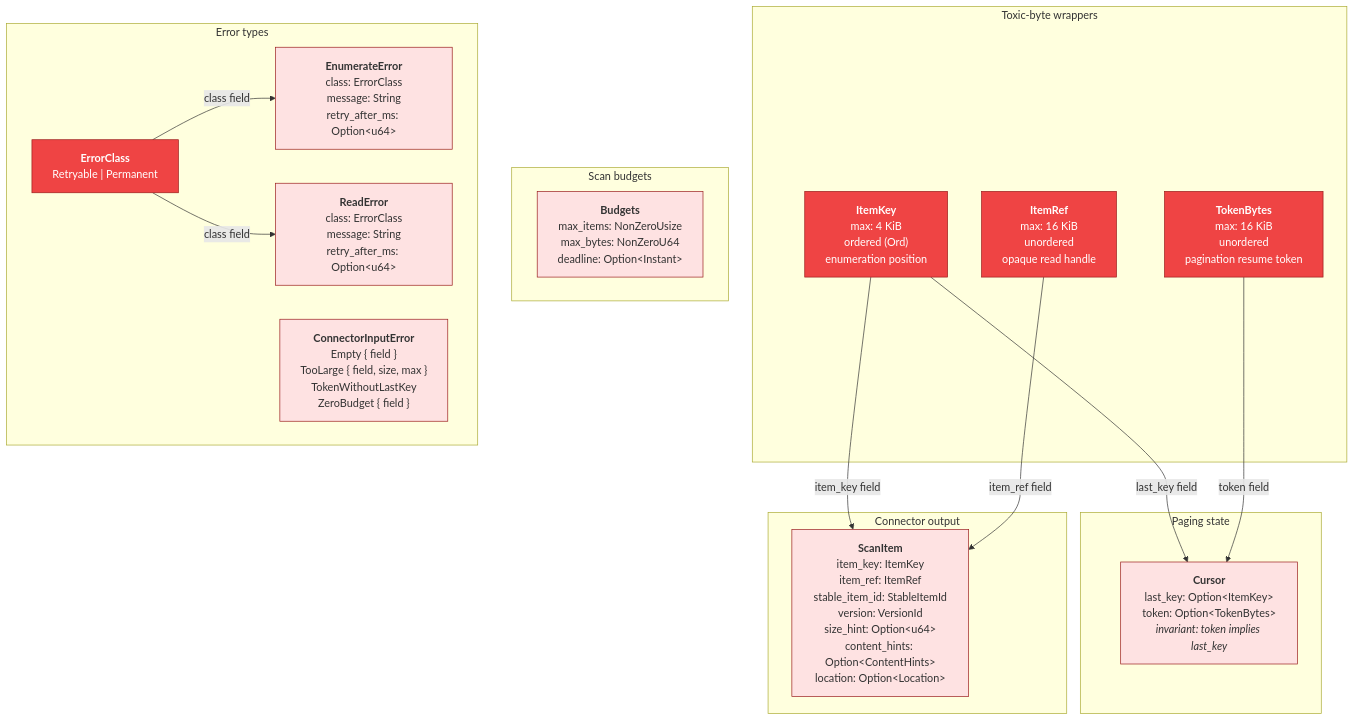
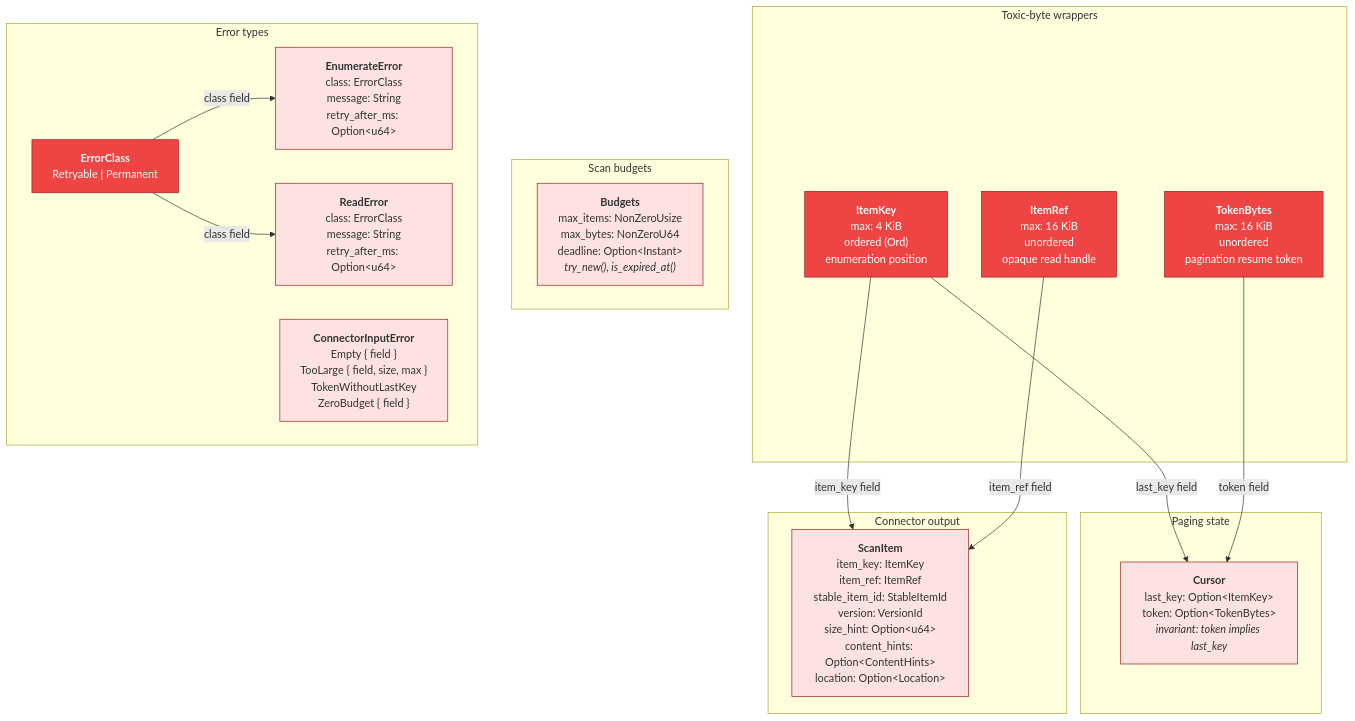
One commit to ahrav/Gossip-rs changed the second of 4 diagrams in diagrams/14-connector-architecture.md. Above: the diagram before and after it, drawn with Mermaid. The commit also changed other lines of this file and 3 other files, not shown here.

Commit message:
Clarify connector capabilities and persistence pipeline in diagrams and docs

````diff
--- a/diagrams/14-connector-architecture.md
+++ b/diagrams/14-connector-architecture.md
@@ -78,48 +83,48 @@
 ```mermaid
 %% Diagram: connector-core-types
 graph TD
     subgraph ToxicWrappers["Toxic-byte wrappers"]
         IK["<b>ItemKey</b><br/>max: 4 KiB<br/>ordered (Ord)<br/>enumeration position"]
         IR["<b>ItemRef</b><br/>max: 16 KiB<br/>unordered<br/>opaque read handle"]
         TB["<b>TokenBytes</b><br/>max: 16 KiB<br/>unordered<br/>pagination resume token"]
     end
 
     subgraph Paging["Paging state"]
         CUR["<b>Cursor</b><br/>last_key: Option&lt;ItemKey&gt;<br/>token: Option&lt;TokenBytes&gt;<br/><i>invariant: token implies last_key</i>"]
     end
 
     IK -->|"last_key field"| CUR
     TB -->|"token field"| CUR
 
     subgraph Enumeration["Connector output"]
         SI["<b>ScanItem</b><br/>item_key: ItemKey<br/>item_ref: ItemRef<br/>stable_item_id: StableItemId<br/>version: VersionId<br/>size_hint: Option&lt;u64&gt;<br/>content_hints: Option&lt;ContentHints&gt;<br/>location: Option&lt;Location&gt;"]
     end
 
     IK -->|"item_key field"| SI
     IR -->|"item_ref field"| SI
 
     subgraph Budgets["Scan budgets"]
-        BU["<b>Budgets</b><br/>max_items: NonZeroUsize<br/>max_bytes: NonZeroU64<br/>deadline: Option&lt;Instant&gt;"]
+        BU["<b>Budgets</b><br/>max_items: NonZeroUsize<br/>max_bytes: NonZeroU64<br/>deadline: Option&lt;Instant&gt;<br/><i>try_new(), is_expired_at()</i>"]
     end
 
     subgraph Errors["Error types"]
         EC2["<b>ErrorClass</b><br/>Retryable | Permanent"]
         EE["<b>EnumerateError</b><br/>class: ErrorClass<br/>message: String<br/>retry_after_ms: Option&lt;u64&gt;"]
         RE["<b>ReadError</b><br/>class: ErrorClass<br/>message: String<br/>retry_after_ms: Option&lt;u64&gt;"]
         CIE["<b>ConnectorInputError</b><br/>Empty { field }<br/>TooLarge { field, size, max }<br/>TokenWithoutLastKey<br/>ZeroBudget { field }"]
     end
 
     EC2 -->|"class field"| EE
     EC2 -->|"class field"| RE
 
     style IK fill:#EF4444,stroke:#991B1B,color:#fff
     style IR fill:#EF4444,stroke:#991B1B,color:#fff
     style TB fill:#EF4444,stroke:#991B1B,color:#fff
     style CUR fill:#FEE2E2,stroke:#991B1B
     style SI fill:#FEE2E2,stroke:#991B1B
     style BU fill:#FEE2E2,stroke:#991B1B
     style EC2 fill:#EF4444,stroke:#991B1B,color:#fff
     style EE fill:#FEE2E2,stroke:#991B1B
     style RE fill:#FEE2E2,stroke:#991B1B
     style CIE fill:#FEE2E2,stroke:#991B1B
 ```
````
